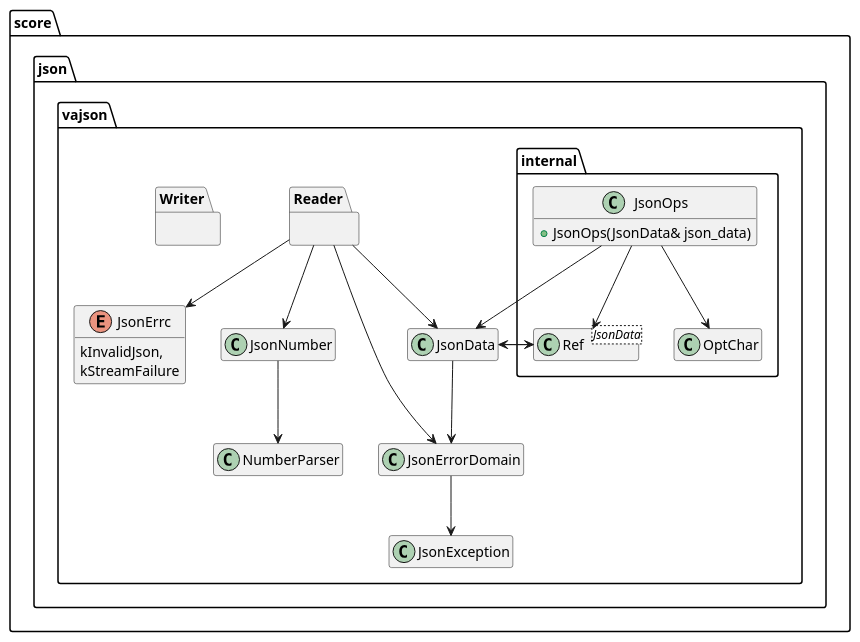
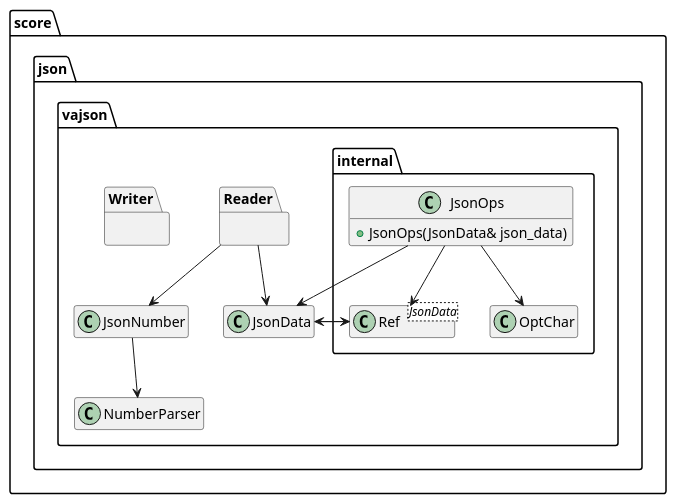
One commit to eclipse-score/baselibs changed the diagram in score/json/docs/vajson/detailed_design/logical/diagrams/Util.puml. Above: the diagram before and after it, drawn with PlantUML. The commit also changed 30 other files, not shown here.

Commit message:
json: replace the vaJson error domain with score::json::Error

```diff
--- a/score/json/docs/vajson/detailed_design/logical/diagrams/Util.puml
+++ b/score/json/docs/vajson/detailed_design/logical/diagrams/Util.puml
@@ -1,56 +1,42 @@
 @startuml
 hide empty members
 
 package "score" {
 
   package "json" {
   package "vajson" {
-    enum JsonErrc {
-      kInvalidJson,
-      kStreamFailure
-    }
-
-
     class NumberParser {}
 
     class JsonNumber {}
 
     package Reader {
     }
 
     package Writer {
     }
 
     class JsonData {}
-
-    class JsonErrorDomain {}
-    class JsonException {}
 
     package "internal" {
       class JsonOps {
         + JsonOps(JsonData& json_data)
       }
       class Ref<JsonData> {}
       class OptChar {}
     }
   }
   }
 }
 
 JsonNumber --> NumberParser
 
 Reader -down-> JsonNumber
-Reader -down-> JsonErrorDomain
-Reader -down-> JsonErrc
 Reader -down-> JsonData
 
 JsonOps --> Ref
 Ref --> JsonData
 JsonData --> Ref
 JsonOps --> JsonData
 JsonOps --> OptChar
 
-JsonData --> JsonErrorDomain
-JsonErrorDomain --> JsonException
-
 @enduml
```
